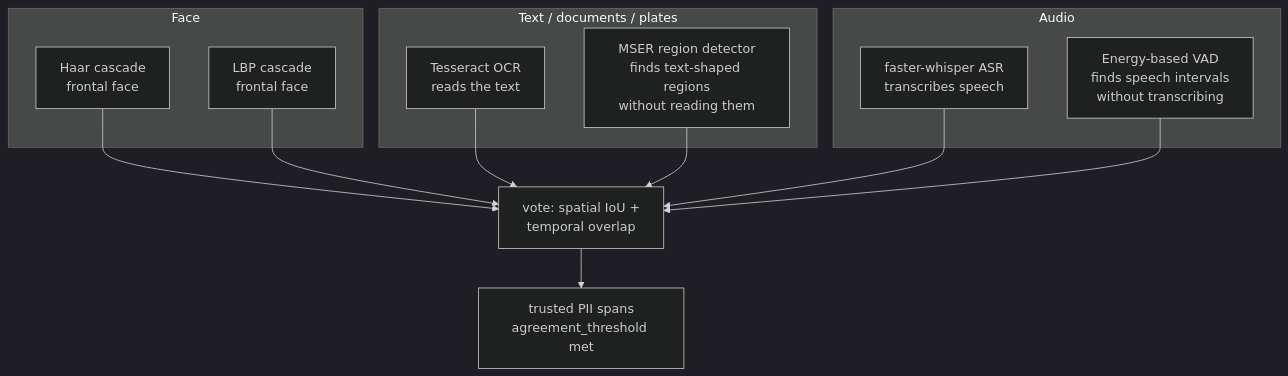
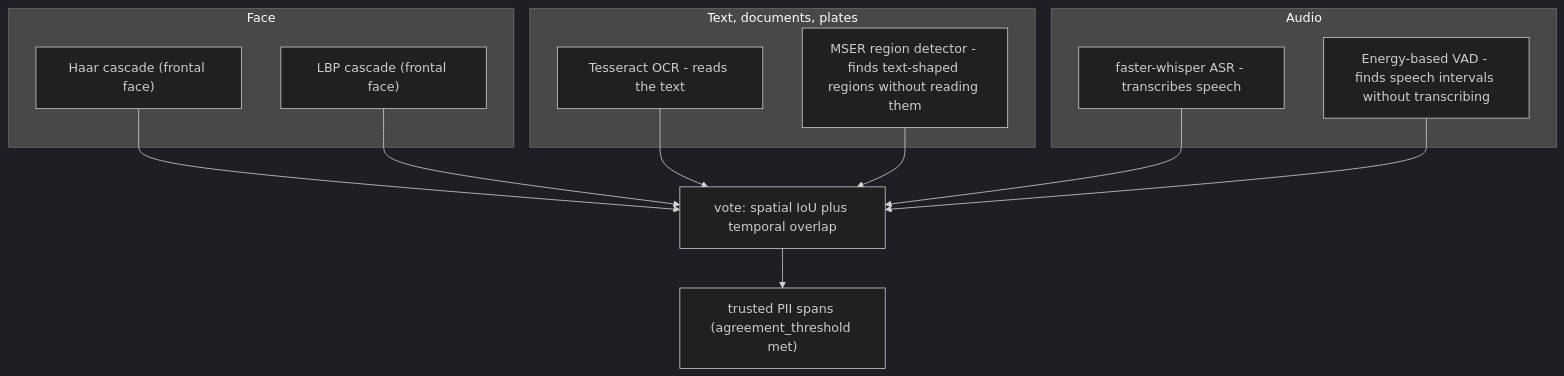
One commit to riteshambastha/redactguard changed the second of 3 diagrams in README.md. Above: the diagram before and after it, drawn with Mermaid (dark theme). The commit also changed other lines of this file, not shown here.

````diff
--- a/README.md
+++ b/README.md
@@ -75,19 +75,22 @@
 ```mermaid
 flowchart TB
-    subgraph Face
-        F1[Haar cascade\nfrontal face]
-        F2[LBP cascade\nfrontal face]
+    subgraph FACE["Face"]
+        F1["Haar cascade (frontal face)"]
+        F2["LBP cascade (frontal face)"]
     end
-    subgraph Text / documents / plates
-        T1[Tesseract OCR\nreads the text]
-        T2[MSER region detector\nfinds text-shaped regions\nwithout reading them]
+    subgraph TEXT["Text, documents, plates"]
+        T1["Tesseract OCR - reads the text"]
+        T2["MSER region detector - finds text-shaped regions without reading them"]
     end
-    subgraph Audio
-        A1[faster-whisper ASR\ntranscribes speech]
-        A2[Energy-based VAD\nfinds speech intervals\nwithout transcribing]
+    subgraph AUDIO["Audio"]
+        A1["faster-whisper ASR - transcribes speech"]
+        A2["Energy-based VAD - finds speech intervals without transcribing"]
     end
-    F1 & F2 --> V[vote: spatial IoU +\ntemporal overlap]
-    T1 & T2 --> V
-    A1 & A2 --> V
-    V --> S[trusted PII spans\nagreement_threshold met]
+    F1 --> V["vote: spatial IoU plus temporal overlap"]
+    F2 --> V
+    T1 --> V
+    T2 --> V
+    A1 --> V
+    A2 --> V
+    V --> S["trusted PII spans (agreement_threshold met)"]
 ```
````
